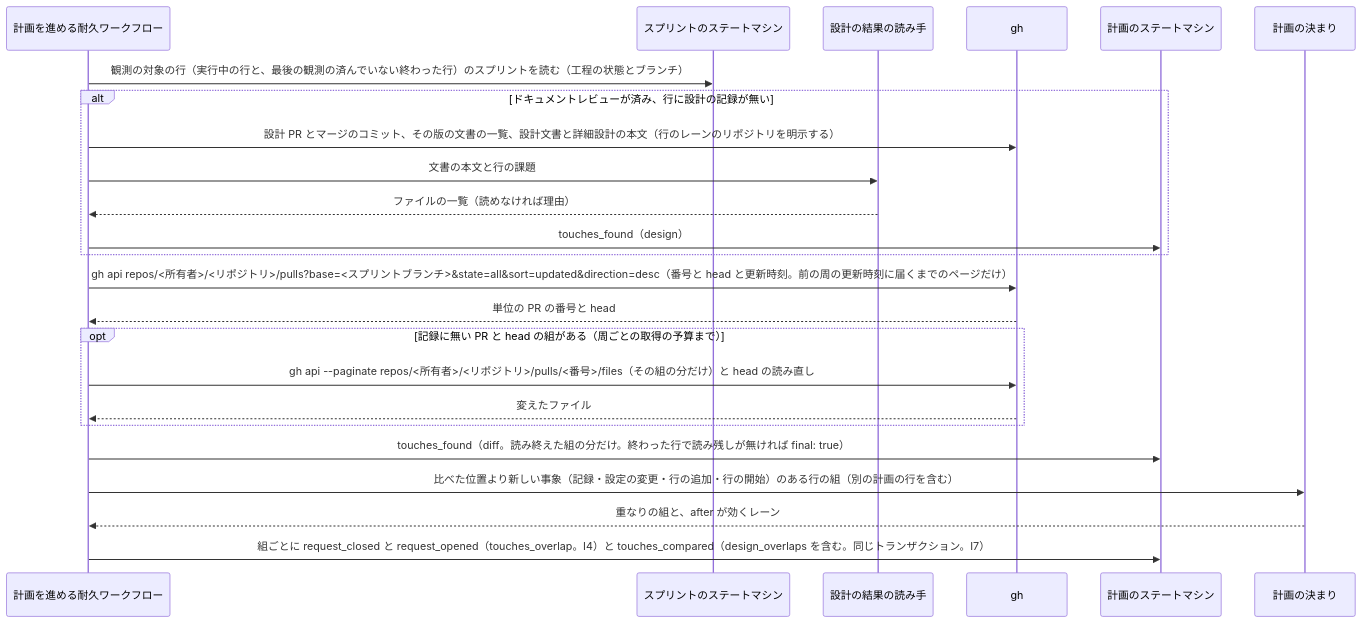
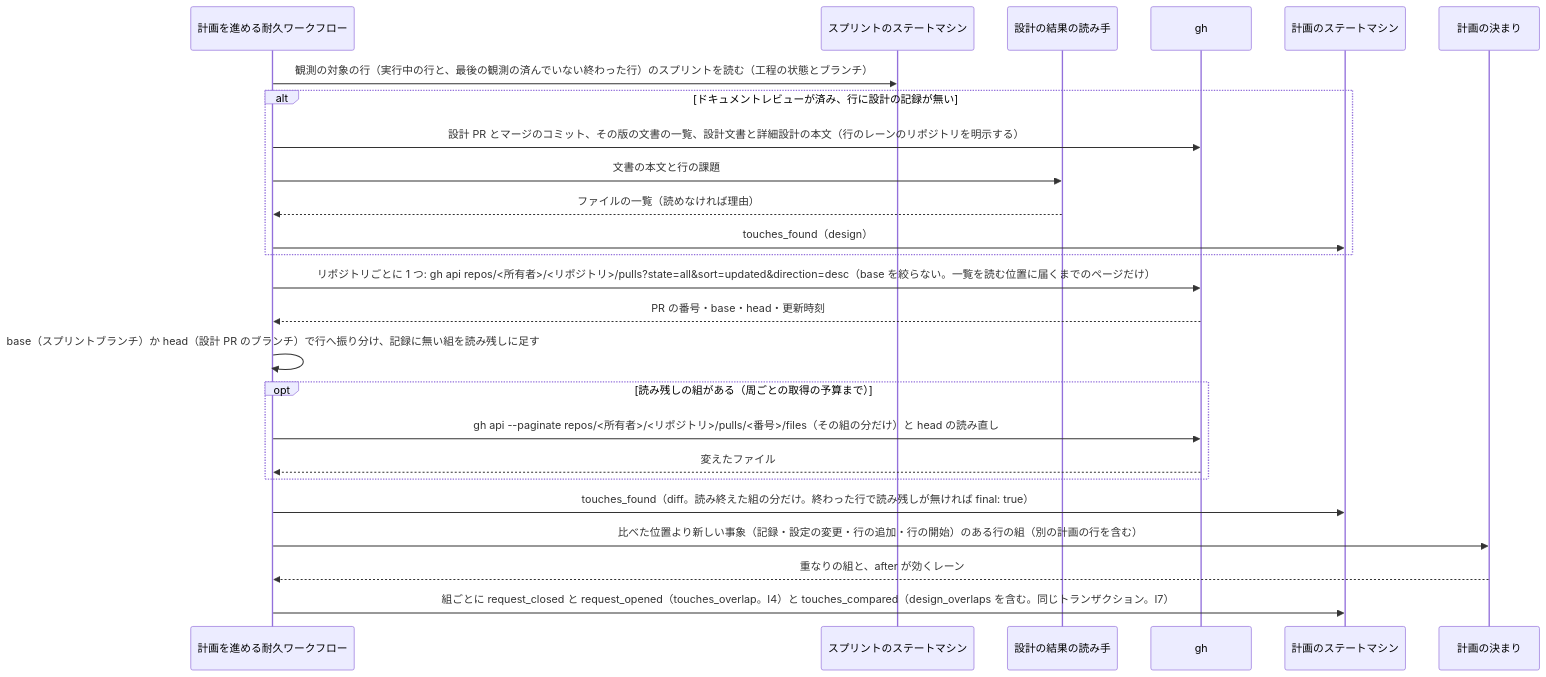
Before and after one commit to devbasex/ai-plugins: the fourth of 5 diagrams in issues/issue-4295-2037-design.md, drawn with Mermaid. The commit also changed other lines of this file, not shown here.

````diff
--- a/issues/issue-4295-2037-design.md
+++ b/issues/issue-4295-2037-design.md
@@ -276,26 +276,27 @@
 ```mermaid
 sequenceDiagram
     participant RUN as 計画を進める耐久ワークフロー
     participant SP as スプリントのステートマシン
     participant DR as 設計の結果の読み手
     participant GH as gh
     participant PL as 計画のステートマシン
     participant RU as 計画の決まり
     RUN->>SP: 観測の対象の行（実行中の行と、最後の観測の済んでいない終わった行）のスプリントを読む（工程の状態とブランチ）
     alt ドキュメントレビューが済み、行に設計の記録が無い
         RUN->>GH: 設計 PR とマージのコミット、その版の文書の一覧、設計文書と詳細設計の本文（行のレーンのリポジトリを明示する）
         RUN->>DR: 文書の本文と行の課題
         DR-->>RUN: ファイルの一覧（読めなければ理由）
         RUN->>PL: touches_found（design）
     end
-    RUN->>GH: gh api repos/<所有者>/<リポジトリ>/pulls?base=<スプリントブランチ>&state=all&sort=updated&direction=desc（番号と head と更新時刻。前の周の更新時刻に届くまでのページだけ）
-    GH-->>RUN: 単位の PR の番号と head
-    opt 記録に無い PR と head の組がある（周ごとの取得の予算まで）
+    RUN->>GH: リポジトリごとに 1 つ: gh api repos/<所有者>/<リポジトリ>/pulls?state=all&sort=updated&direction=desc（base を絞らない。一覧を読む位置に届くまでのページだけ）
+    GH-->>RUN: PR の番号・base・head・更新時刻
+    RUN->>RUN: base（スプリントブランチ）か head（設計 PR のブランチ）で行へ振り分け、記録に無い組を読み残しに足す
+    opt 読み残しの組がある（周ごとの取得の予算まで）
         RUN->>GH: gh api --paginate repos/<所有者>/<リポジトリ>/pulls/<番号>/files（その組の分だけ）と head の読み直し
         GH-->>RUN: 変えたファイル
     end
     RUN->>PL: touches_found（diff。読み終えた組の分だけ。終わった行で読み残しが無ければ final: true）
     RUN->>RU: 比べた位置より新しい事象（記録・設定の変更・行の追加・行の開始）のある行の組（別の計画の行を含む）
     RU-->>RUN: 重なりの組と、after が効くレーン
     RUN->>PL: 組ごとに request_closed と request_opened（touches_overlap。I4）と touches_compared（design_overlaps を含む。同じトランザクション。I7）
 ```
````
